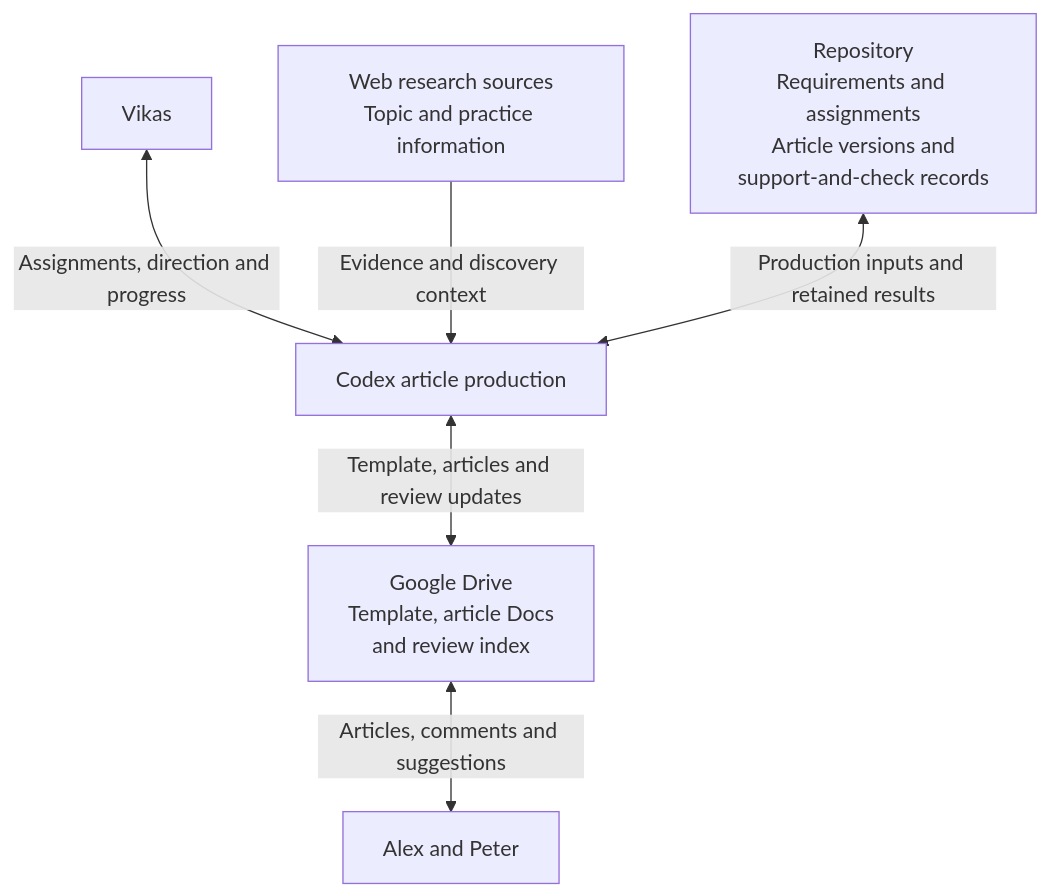
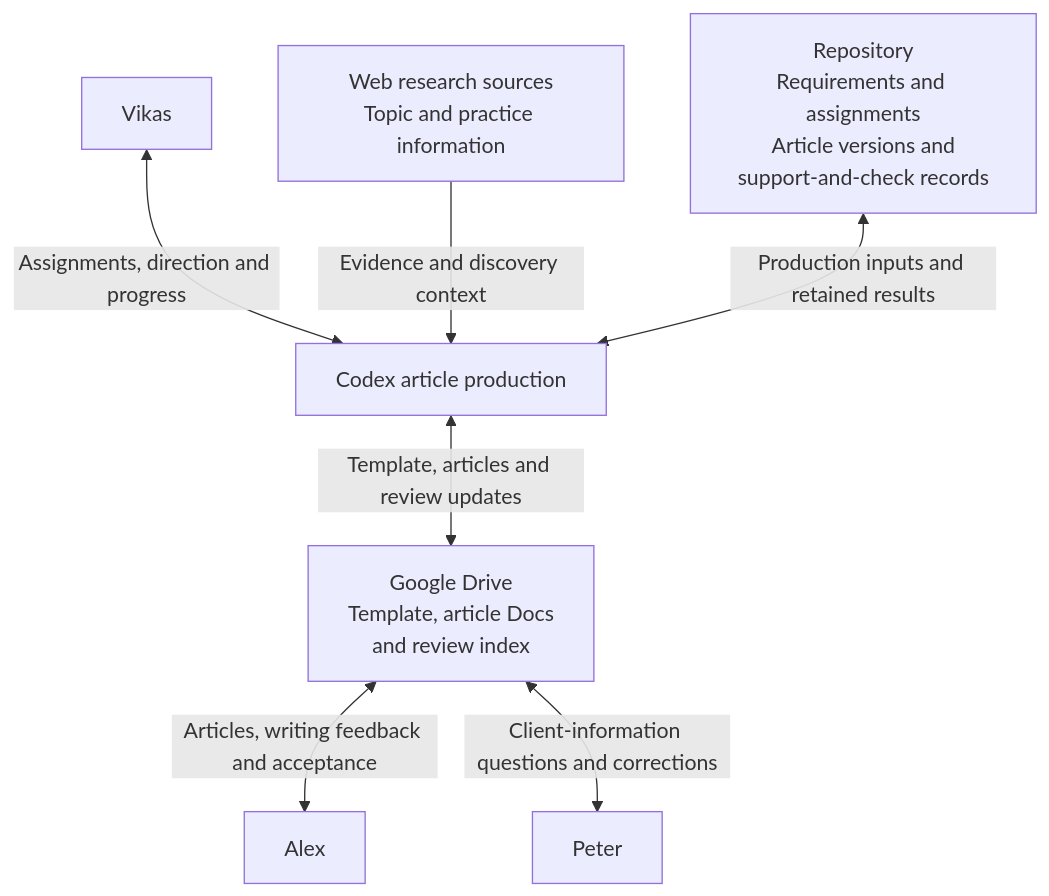
One commit to vikaspromo/benchmark-spike-content changed the diagram in docs/architecture.md. Above: the diagram before and after it, drawn with Mermaid. The commit also changed other lines of this file and 5 other files, not shown here.

````diff
--- a/docs/architecture.md
+++ b/docs/architecture.md
@@ -7,8 +7,9 @@
 ```mermaid
 flowchart TB
     Vikas["Vikas"] <-->|"Assignments, direction and progress"| Codex["Codex article production"]
     Sources["Web research sources<br/>Topic and practice information"] -->|"Evidence and discovery context"| Codex
     Repository["Repository<br/>Requirements and assignments<br/>Article versions and<br/>support-and-check records"] <-->|"Production inputs and retained results"| Codex
     Codex <-->|"Template, articles and review updates"| Drive["Google Drive<br/>Template, article Docs<br/>and review index"]
-    Drive <-->|"Articles, comments and suggestions"| Reviewers["Alex and Peter"]
+    Drive <-->|"Articles, writing feedback and acceptance"| Alex["Alex"]
+    Drive <-->|"Client-information questions and corrections"| Peter["Peter"]
 ```
````
